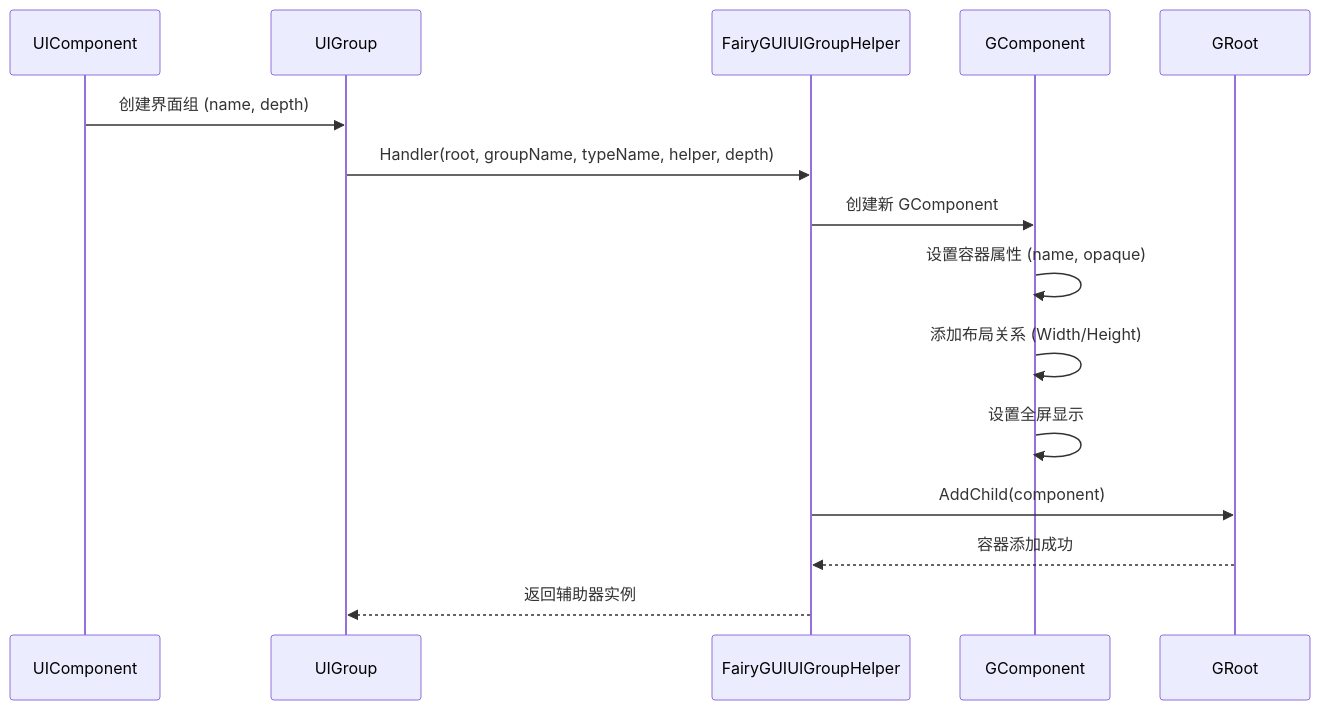
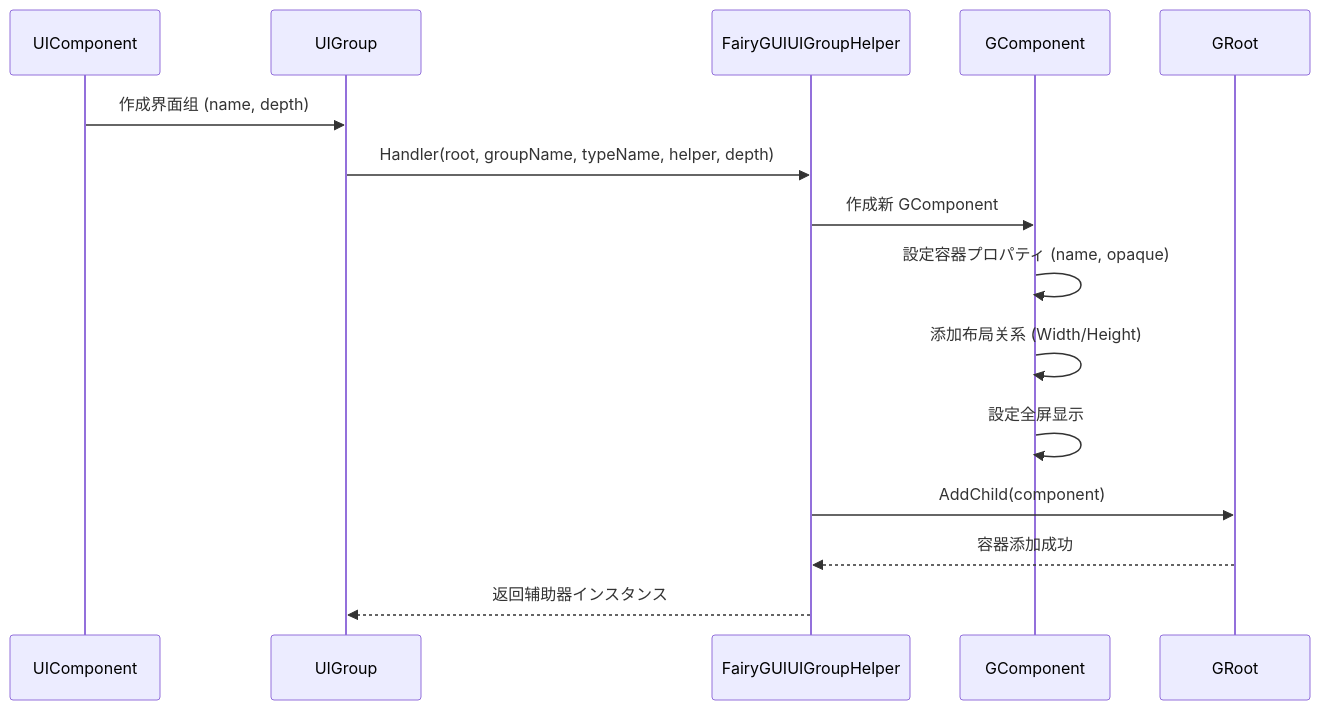
The second of 3 diagrams in docs/ja/client/unity/component/ui-fairygui/13.ui-group-config.md (AlianBlank/GameFrameX.Docs), drawn with Mermaid before and after one commit. The commit also changed other lines of this file and 603 other files, not shown here.

````diff
--- a/docs/ja/client/unity/component/ui-fairygui/13.ui-group-config.md
+++ b/docs/ja/client/unity/component/ui-fairygui/13.ui-group-config.md
@@ -56,18 +56,18 @@
 ```mermaid
 sequenceDiagram
     participant UC as UIComponent
     participant UG as UIGroup
     participant UGH as FairyGUIUIGroupHelper
     participant GC as GComponent
     participant GR as GRoot
 
-    UC->>UG: 创建界面组 (name, depth)
+    UC->>UG: 作成界面组 (name, depth)
     UG->>UGH: Handler(root, groupName, typeName, helper, depth)
-    UGH->>GC: 创建新 GComponent
-    GC->>GC: 设置容器属性 (name, opaque)
+    UGH->>GC: 作成新 GComponent
+    GC->>GC: 設定容器プロパティ (name, opaque)
     GC->>GC: 添加布局关系 (Width/Height)
-    GC->>GC: 设置全屏显示
+    GC->>GC: 設定全屏显示
     UGH->>GR: AddChild(component)
     GR-->>UGH: 容器添加成功
-    UGH-->>UG: 返回辅助器实例
+    UGH-->>UG: 返回辅助器インスタンス
 ```
````
